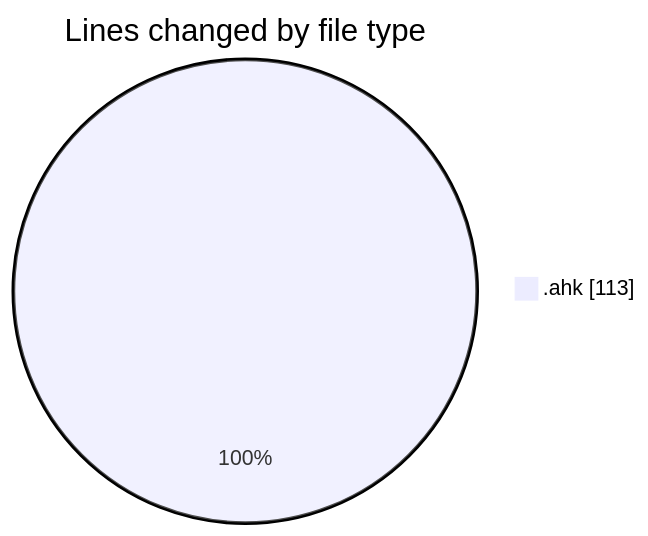
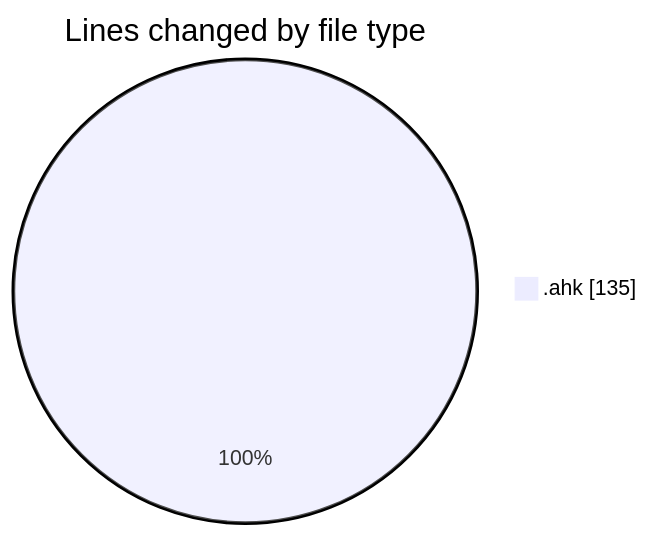
Before and after one commit to Ritupan-Deka/code-tracking: the first of 2 diagrams in 2025-01-26/desktop/README.md, drawn with Mermaid. The commit also changed other lines of this file and 1 other file, not shown here.

````diff
--- a/2025-01-26/desktop/README.md
+++ b/2025-01-26/desktop/README.md
@@ -20,5 +20,5 @@
 ```mermaid
 pie showData
 title Lines changed by file type
-".ahk" : 113
+".ahk" : 135
 ```
````
